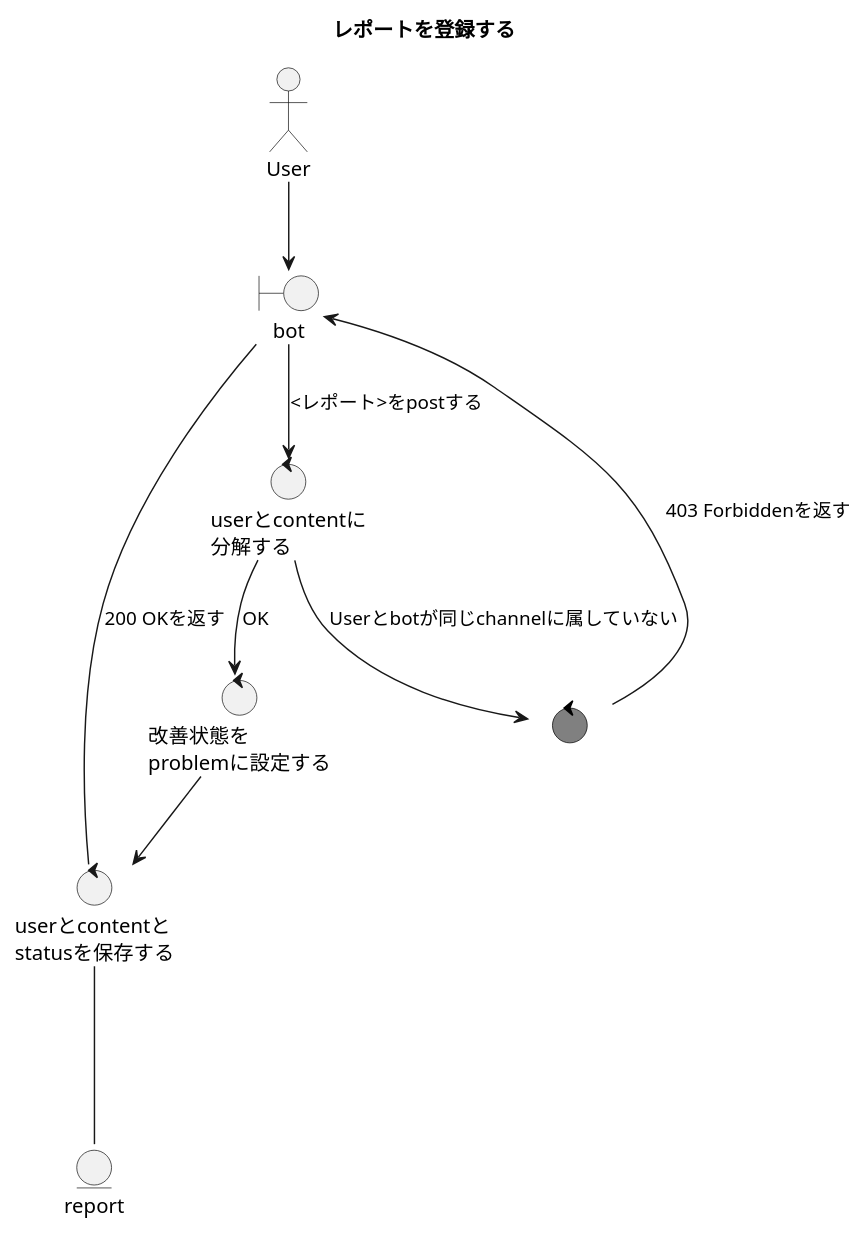
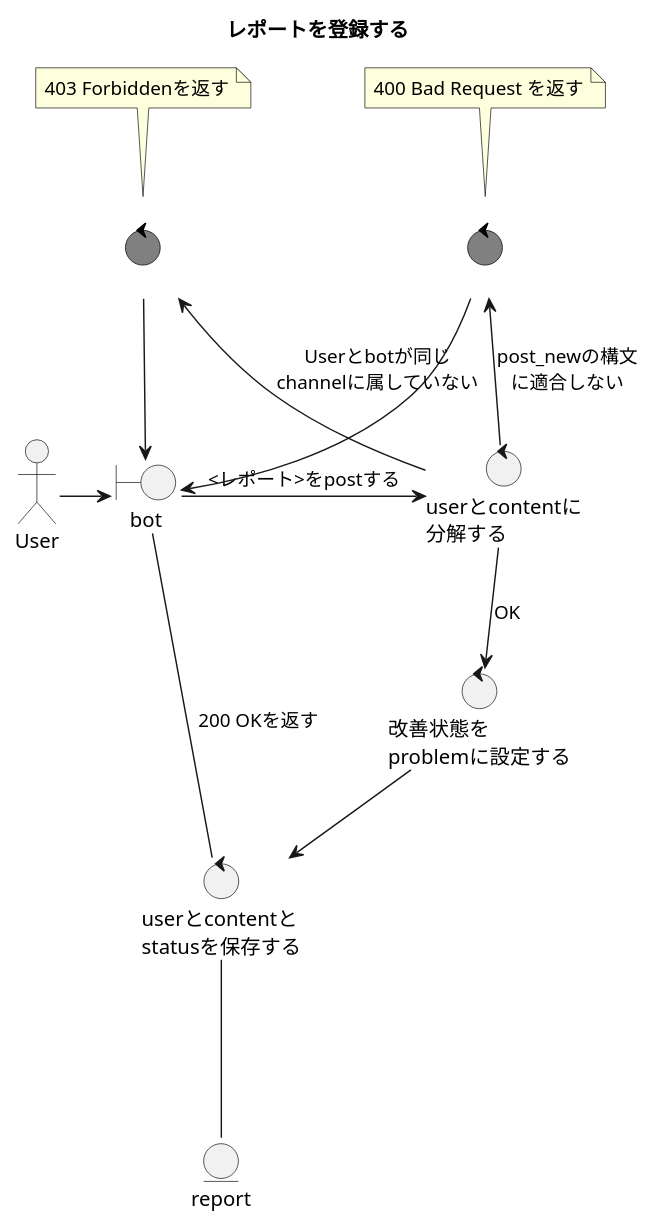
The diagram in 1.design/3.robustnesses/post-report-new.md (ito-masam/kpt-guard.doc), drawn with PlantUML before and after one commit. The commit also changed 2 other files, not shown here.

Commit message:
ロバストネスの構文エラーを追加

```diff
--- a/1.design/3.robustnesses/post-report-new.md
+++ b/1.design/3.robustnesses/post-report-new.md
@@ -1,34 +1,44 @@
 @startuml
 
     ' ----------- meta
     title レポートを登録する
 
     skinparam {
       ControlFontColor<<error>> white
       ControlFontName<<error>> Verdana
       ControlBackgroundColor<<error>> gray
       ControlBorderColor<<error>> black
     }
 
     actor User
     boundary bot
     control deassembly as "userとcontentに\n分解する"
     control status_problem as "改善状態を\nproblemに設定する"
     control save as "userとcontentと\nstatusを保存する"
     entity report
 
 
     ' ----------- main
-    User --> bot
-    bot --> deassembly : <レポート>をpostする
+    User -right-> bot
+    bot -right-> deassembly : <レポート>をpostする
     deassembly --> status_problem : OK
     status_problem --> save
     save --- report
     save --- bot : 200 OKを返す
 
     ' ----------- alternative
+    control error400 <<error>>
+    note top of error400
+        400 Bad Request を返す
+    end note
+    deassembly -up-> error400 : post_newの構文\nに適合しない
+    error400 --> bot
+
     control error403 <<error>>
-    deassembly -->  error403 : Userとbotが同じchannelに属していない
-    error403 --> bot : 403 Forbiddenを返す
+    note top of error403
+        403 Forbiddenを返す
+    end note
+    deassembly -up->  error403 : Userとbotが同じ\nchannelに属していない
+    error403 --> bot
 
 @enduml
```
